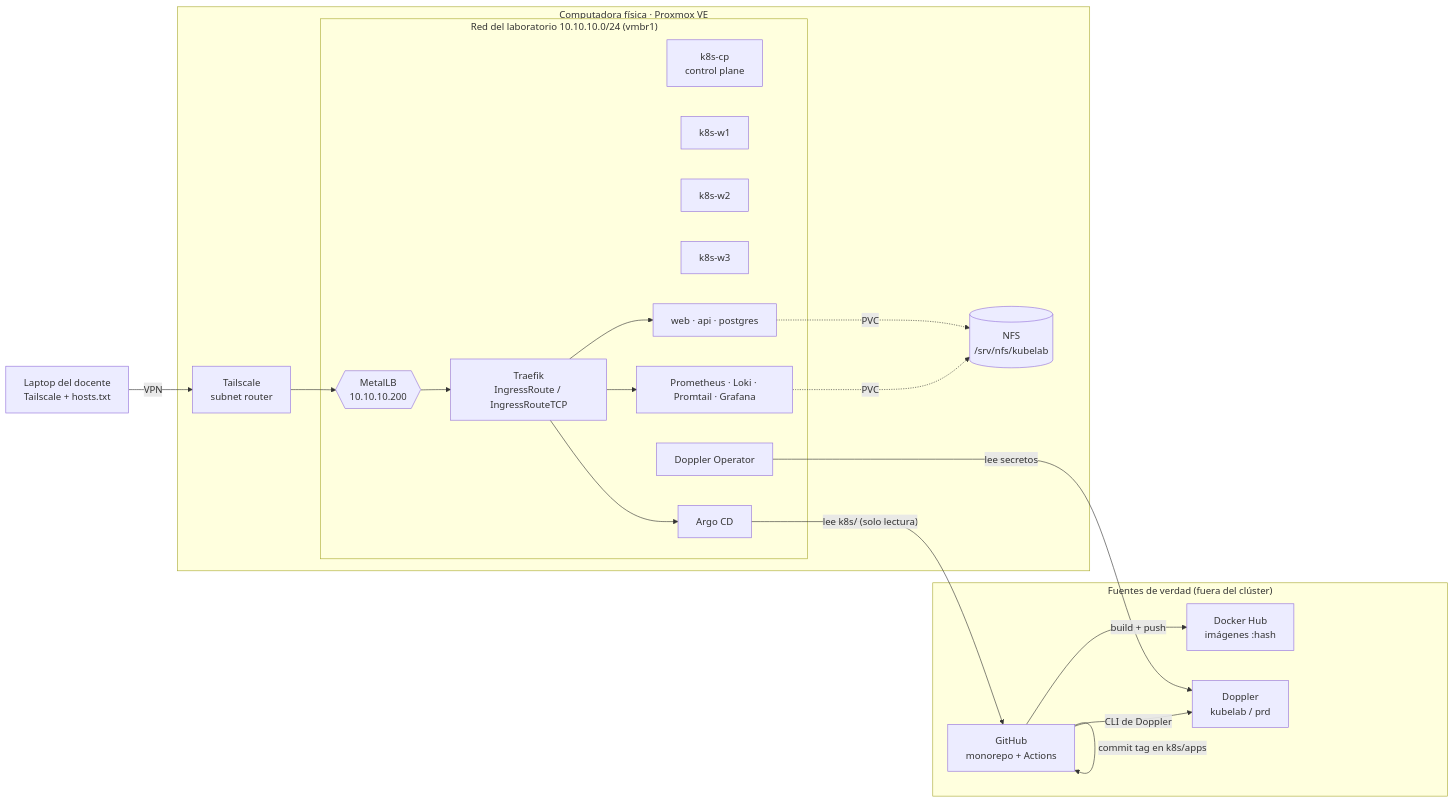
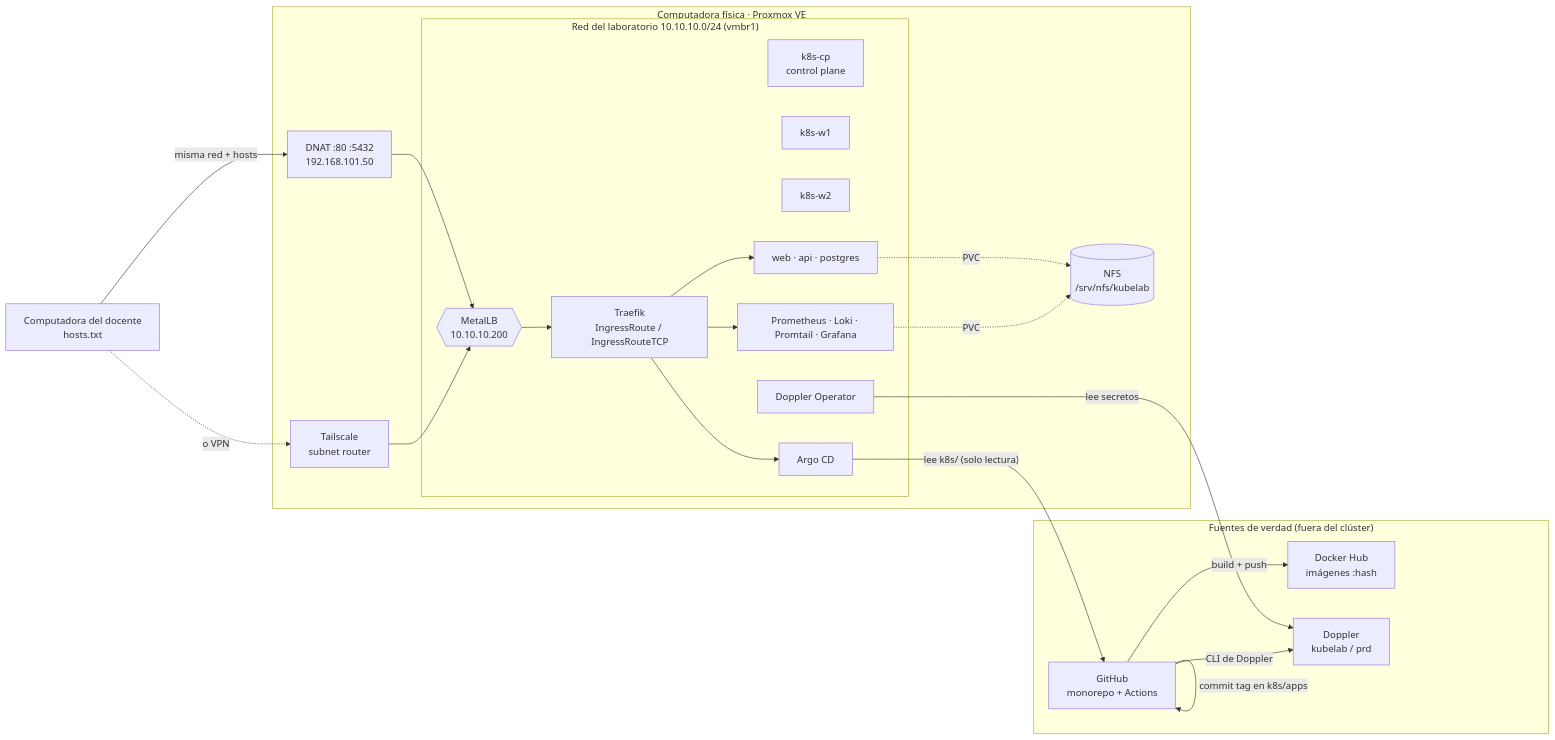
The diagram in docs/arquitectura.md (AnderNoleon/kubelab), drawn with Mermaid before and after one commit. The commit also changed 22 other files, not shown here.

````diff
--- a/docs/arquitectura.md
+++ b/docs/arquitectura.md
@@ -3,39 +3,40 @@
 ```mermaid
 flowchart LR
   subgraph Fuera["Fuentes de verdad (fuera del clúster)"]
     GH["GitHub<br/>monorepo + Actions"]
     DH["Docker Hub<br/>imágenes :hash"]
     DP["Doppler<br/>kubelab / prd"]
   end
 
-  DOC["Laptop del docente<br/>Tailscale + hosts.txt"]
+  DOC["Computadora del docente<br/>hosts.txt"]
 
   subgraph PVE["Computadora física · Proxmox VE"]
     NFS[("NFS<br/>/srv/nfs/kubelab")]
     TS["Tailscale<br/>subnet router"]
+    DNAT["DNAT :80 :5432<br/>192.168.101.50"]
     subgraph RED["Red del laboratorio 10.10.10.0/24 (vmbr1)"]
       CP["k8s-cp<br/>control plane"]
       W1["k8s-w1"]
       W2["k8s-w2"]
-      W3["k8s-w3"]
       LB{{"MetalLB<br/>10.10.10.200"}}
       TR["Traefik<br/>IngressRoute / IngressRouteTCP"]
       APPS["web · api · postgres"]
       OBS["Prometheus · Loki · Promtail · Grafana"]
       ARGO["Argo CD"]
       DOPOP["Doppler Operator"]
     end
   end
 
   GH -- "build + push" --> DH
   GH -- "commit tag en k8s/apps" --> GH
   ARGO -- "lee k8s/ (solo lectura)" --> GH
   DOPOP -- "lee secretos" --> DP
   GH -- "CLI de Doppler" --> DP
-  DOC -- "VPN" --> TS --> LB --> TR
+  DOC -- "misma red + hosts" --> DNAT --> LB --> TR
+  DOC -. "o VPN" .-> TS --> LB
   TR --> APPS
   TR --> OBS
   TR --> ARGO
   APPS -. "PVC" .-> NFS
   OBS -. "PVC" .-> NFS
 ```
````
